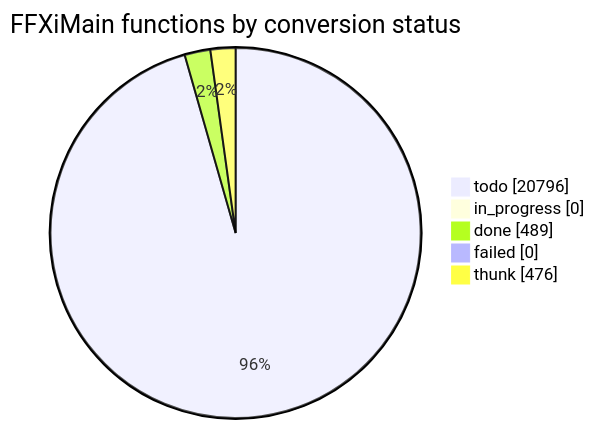
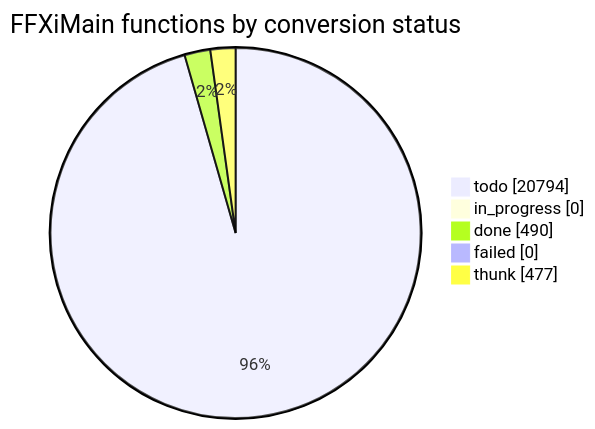
The diagram in docs/cow/STATUS.md (cowrevenge/cow_kuluu_xi_anything), drawn with Mermaid before and after one commit. The commit also changed other lines of this file and 9 other files, not shown here.

````diff
--- a/docs/cow/STATUS.md
+++ b/docs/cow/STATUS.md
@@ -18,9 +18,9 @@
 ```mermaid
 pie showData
     title FFXiMain functions by conversion status
-    "todo" : 20796
+    "todo" : 20794
     "in_progress" : 0
-    "done" : 489
+    "done" : 490
     "failed" : 0
-    "thunk" : 476
+    "thunk" : 477
 ```
````
